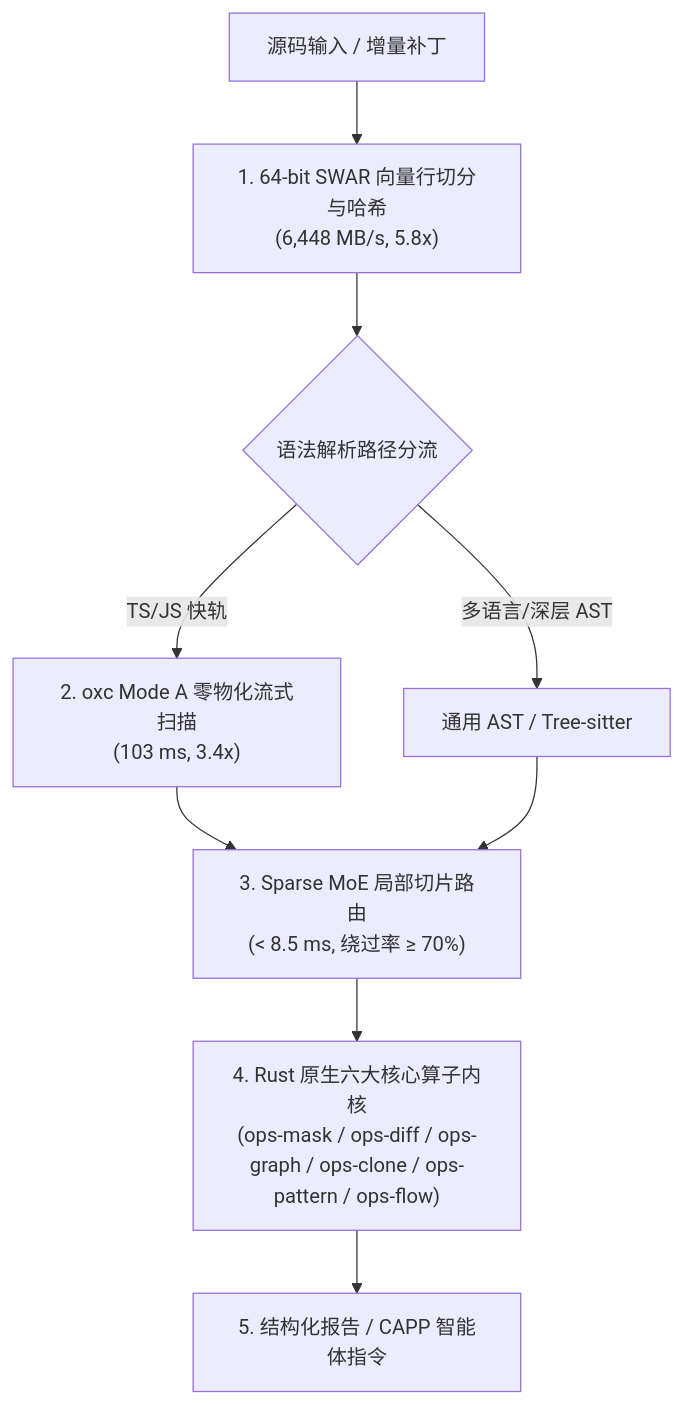
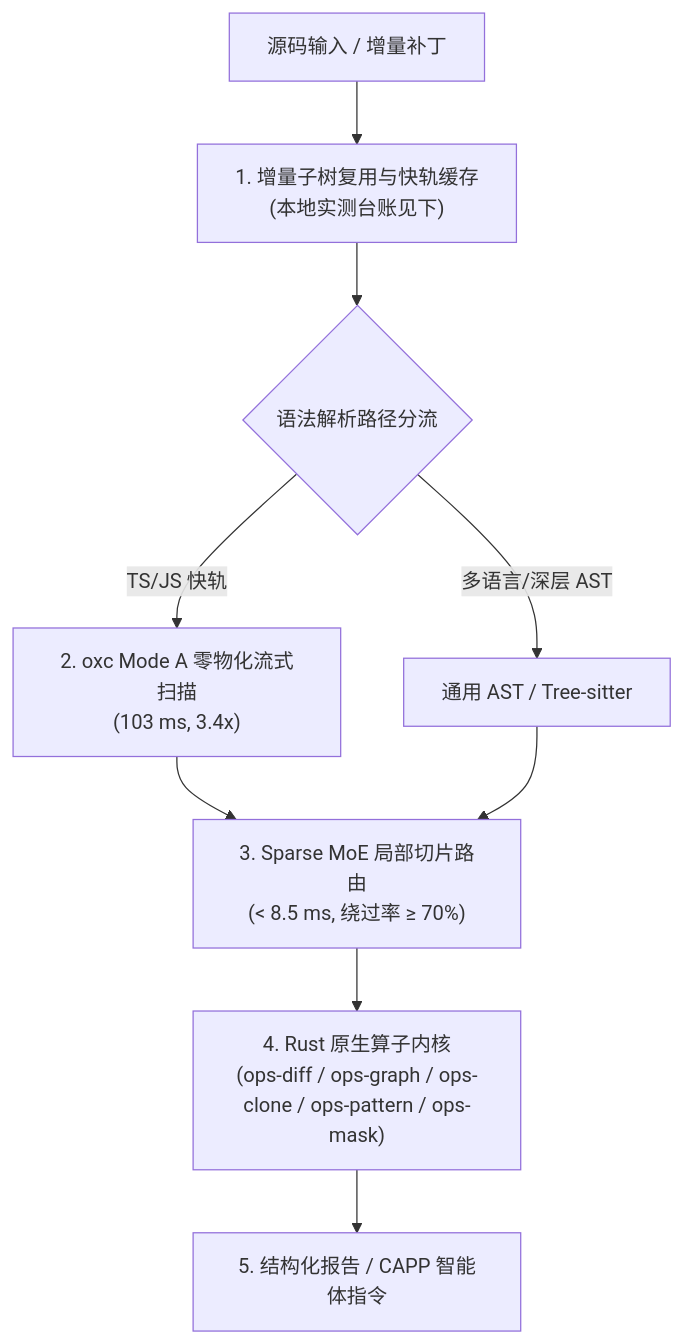
Before and after one commit to guilingzhouyi-creator/vscode-extensions: the diagram in auto-refactor/docs/05-specs-and-benchmarks/02-performance-benchmarks.md, drawn with Mermaid. The commit also changed other lines of this file and 6 other files, not shown here.

````diff
--- a/auto-refactor/docs/05-specs-and-benchmarks/02-performance-benchmarks.md
+++ b/auto-refactor/docs/05-specs-and-benchmarks/02-performance-benchmarks.md
@@ -12,11 +12,11 @@
 ```mermaid
 flowchart TD
-    INPUT["源码输入 / 增量补丁"] --> SWAR["1. 64-bit SWAR 向量行切分与哈希<br/>(6,448 MB/s, 5.8x)"]
+    INPUT["源码输入 / 增量补丁"] --> SWAR["1. 增量子树复用与快轨缓存<br/>(本地实测台账见下)"]
     SWAR --> PARSE{"语法解析路径分流"}
     PARSE -->|TS/JS 快轨| OXC["2. oxc Mode A 零物化流式扫描<br/>(103 ms, 3.4x)"]
     PARSE -->|多语言/深层 AST| TS["通用 AST / Tree-sitter"]
     OXC --> MOE["3. Sparse MoE 局部切片路由<br/>(< 8.5 ms, 绕过率 ≥ 70%)"]
     TS --> MOE
-    MOE --> RUST_OPS["4. Rust 原生六大核心算子内核<br/>(ops-mask / ops-diff / ops-graph / ops-clone / ops-pattern / ops-flow)"]
+    MOE --> RUST_OPS["4. Rust 原生算子内核<br/>(ops-diff / ops-graph / ops-clone / ops-pattern / ops-mask)"]
     RUST_OPS --> REPORT["5. 结构化报告 / CAPP 智能体指令"]
 ```
````
